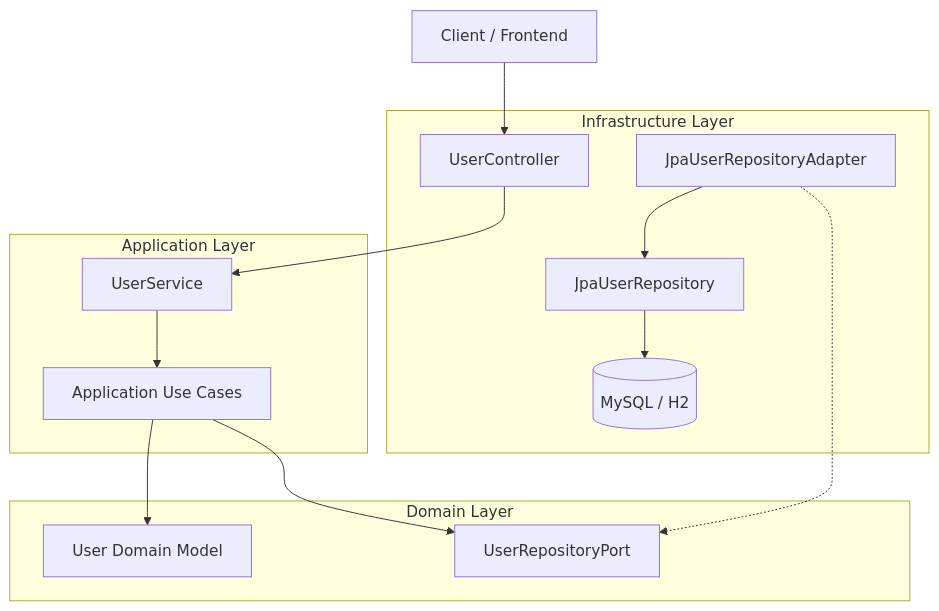
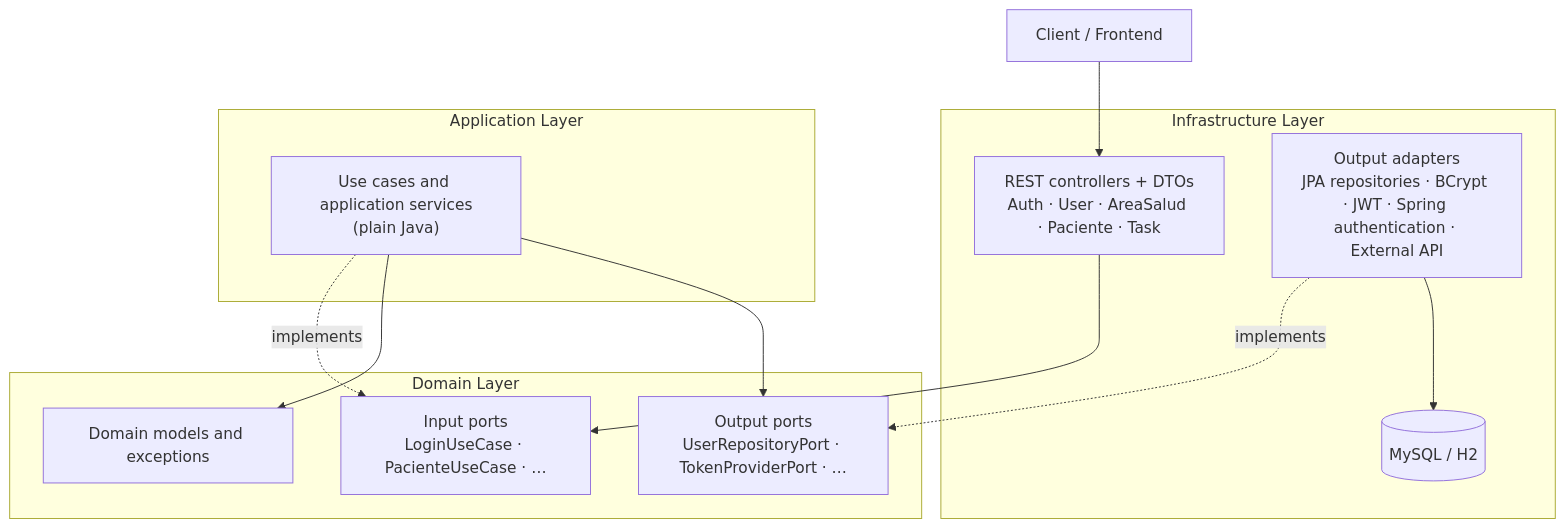
Before and after one commit to josuexpositoacosta/oropouche: the first of 2 diagrams in README.md, drawn with Mermaid. The commit also changed other lines of this file, not shown here.

````diff
--- a/README.md
+++ b/README.md
@@ -46,30 +46,28 @@
 ```mermaid
 flowchart TB
     CLIENT["Client / Frontend"]
 
     subgraph INFRA["Infrastructure Layer"]
-        CTRL["UserController"]
-        ADAPTER["JpaUserRepositoryAdapter"]
-        JPA["JpaUserRepository"]
+        CTRL["REST controllers + DTOs<br/>Auth · User · AreaSalud · Paciente · Task"]
+        ADAPTERS["Output adapters<br/>JPA repositories · BCrypt · JWT · Spring authentication · External API"]
         DB[("MySQL / H2")]
     end
 
     subgraph APP["Application Layer"]
-        SERVICE["UserService"]
-        USECASE["Application Use Cases"]
+        USECASE["Use cases and application services<br/>(plain Java)"]
     end
 
     subgraph DOMAIN["Domain Layer"]
-        MODEL["User Domain Model"]
-        PORT["UserRepositoryPort"]
+        IN["Input ports<br/>LoginUseCase · PacienteUseCase · …"]
+        MODEL["Domain models and exceptions"]
+        OUT["Output ports<br/>UserRepositoryPort · TokenProviderPort · …"]
     end
 
     CLIENT --> CTRL
-    CTRL --> SERVICE
-    SERVICE --> USECASE
+    CTRL --> IN
+    USECASE -.implements.-> IN
     USECASE --> MODEL
-    USECASE --> PORT
-    ADAPTER -.-> PORT
-    ADAPTER --> JPA
-    JPA --> DB
+    USECASE --> OUT
+    ADAPTERS -.implements.-> OUT
+    ADAPTERS --> DB
 ```
````
